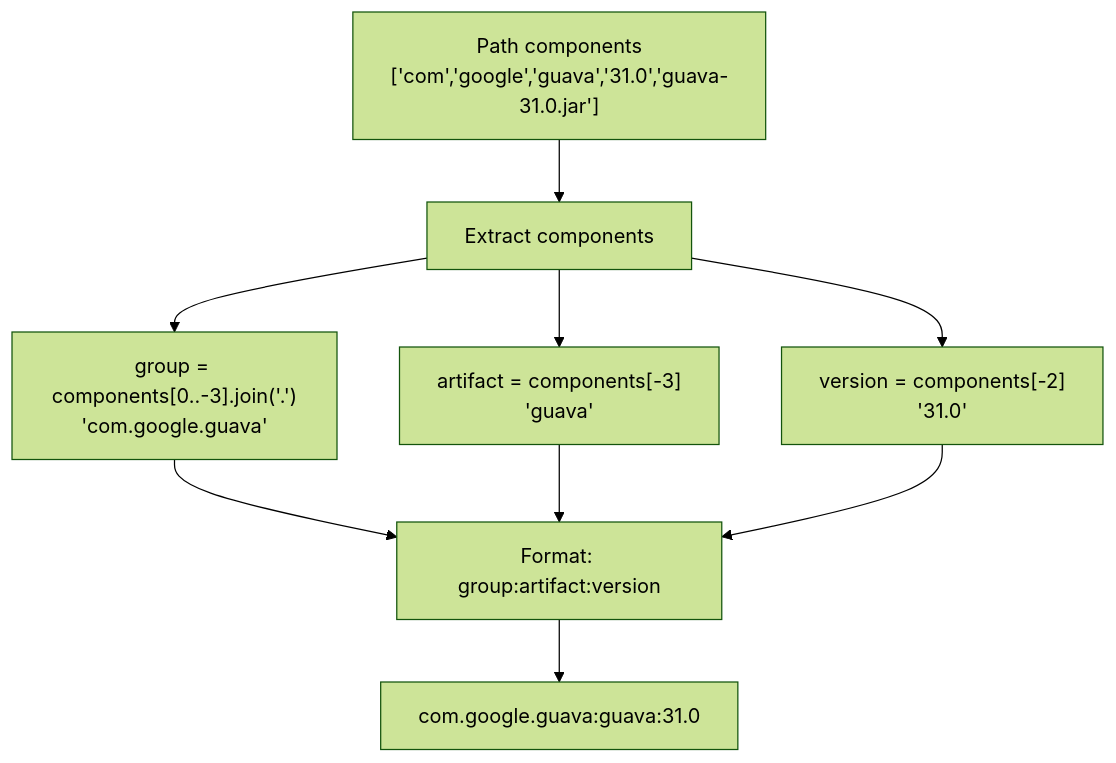
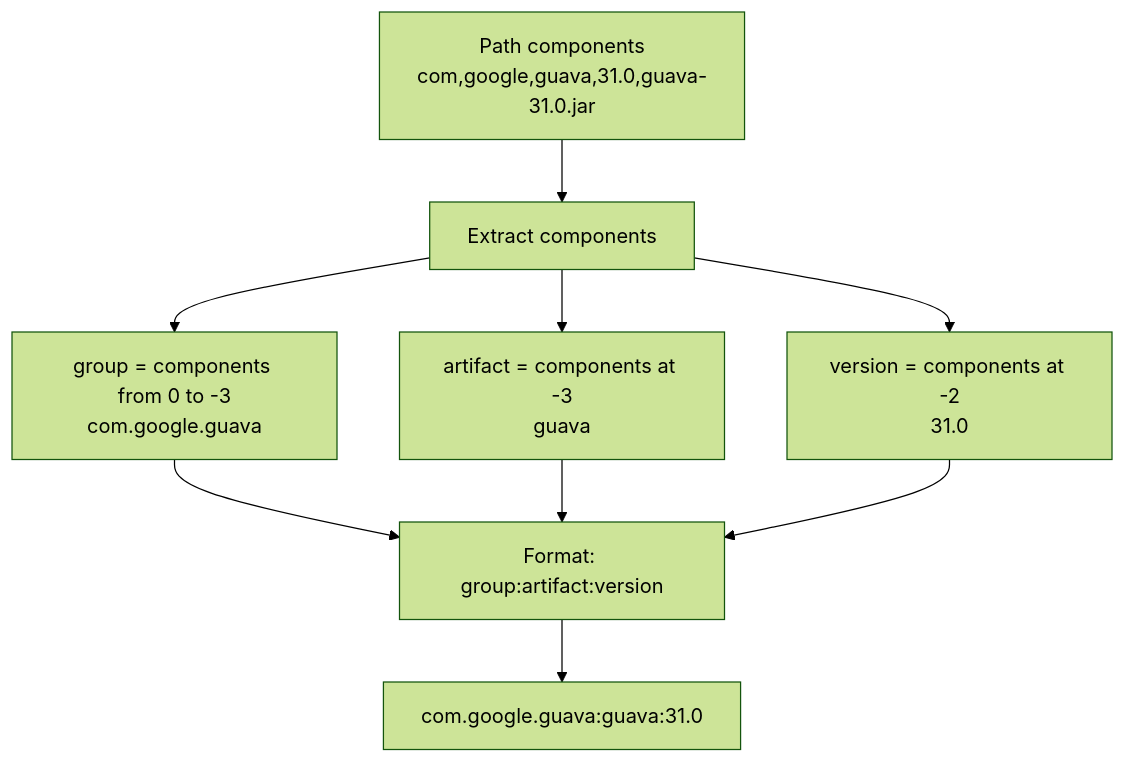
The diagram in crates/utils/docs/path.md (Lighty-Launcher/LightyUpdater), drawn with Mermaid (forest theme) before and after one commit. The commit also changed 4 other files, not shown here.

Commit message:
patch mermaid

````diff
--- a/crates/utils/docs/path.md
+++ b/crates/utils/docs/path.md
@@ -10,14 +10,14 @@
 ```mermaid
 graph TD
-    Path["Path components<br/>['com','google','guava','31.0','guava-31.0.jar']"] --> Extract[Extract components]
+    Path[Path components<br/>com,google,guava,31.0,guava-31.0.jar] --> Extract[Extract components]
 
-    Extract --> Group["group = components[0..-3].join('.')<br/>'com.google.guava'"]
-    Extract --> Artifact["artifact = components[-3]<br/>'guava'"]
-    Extract --> Version["version = components[-2]<br/>'31.0'"]
+    Extract --> Group[group = components from 0 to -3<br/>com.google.guava]
+    Extract --> Artifact[artifact = components at -3<br/>guava]
+    Extract --> Version[version = components at -2<br/>31.0]
 
-    Group --> Format["Format: group:artifact:version"]
+    Group --> Format[Format: group:artifact:version]
     Artifact --> Format
     Version --> Format
 
-    Format --> Result["com.google.guava:guava:31.0"]
+    Format --> Result[com.google.guava:guava:31.0]
 ```
````
